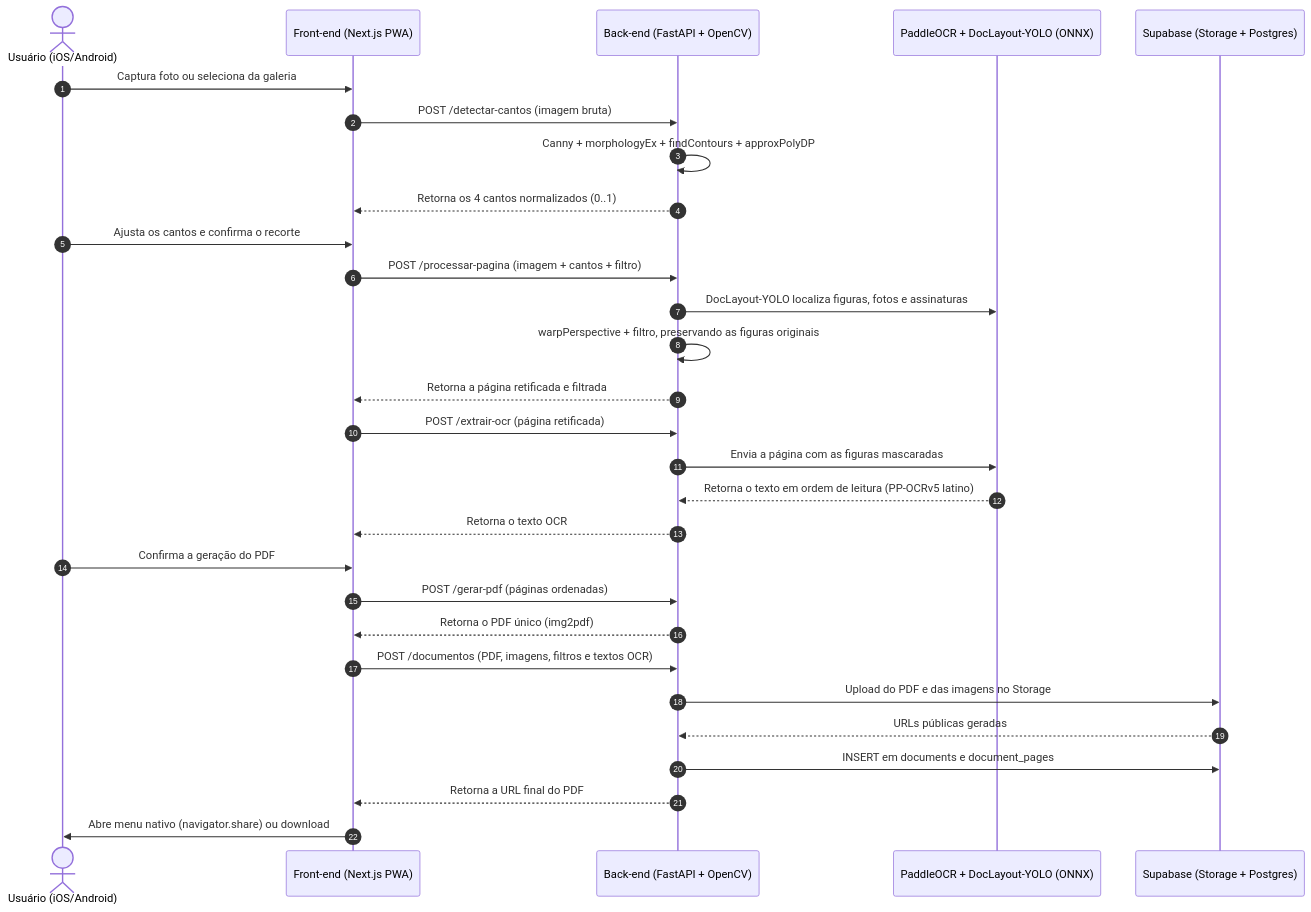
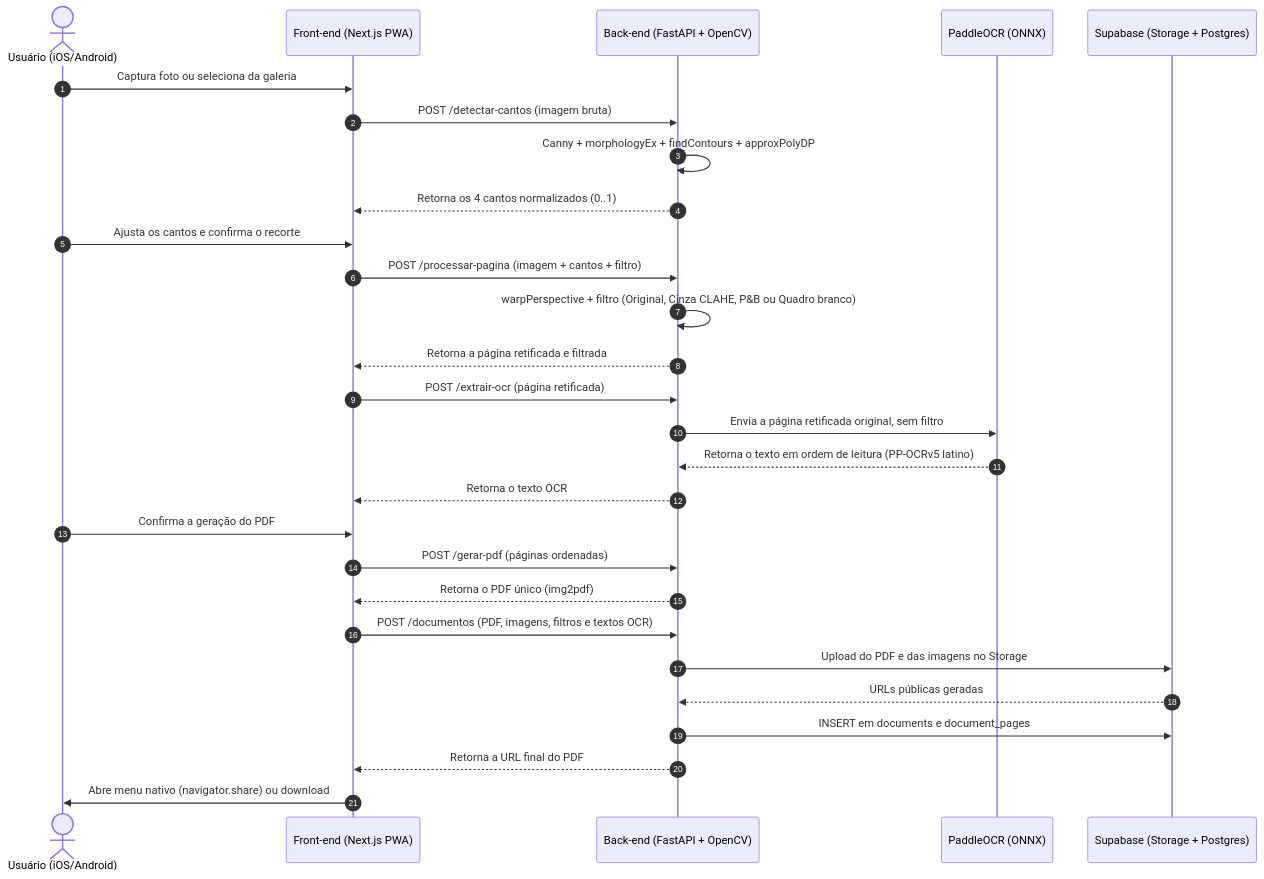
Before and after one commit to Gustavogconte/miniscan-desafio: the second of 3 diagrams in docs/documentacao_miniscan.md, drawn with Mermaid. The commit also changed other lines of this file and 2 other files, not shown here.

Commit message:
docs: registra a remoção da preservação de figuras e o motivo

````diff
--- a/docs/documentacao_miniscan.md
+++ b/docs/documentacao_miniscan.md
@@ -67,32 +67,31 @@
 ```mermaid
 sequenceDiagram
     autonumber
     actor U as Usuário (iOS/Android)
     participant PWA as Front-end (Next.js PWA)
     participant API as Back-end (FastAPI + OpenCV)
-    participant OCR as PaddleOCR + DocLayout-YOLO (ONNX)
+    participant OCR as PaddleOCR (ONNX)
     participant SB as Supabase (Storage + Postgres)
 
     U->>PWA: Captura foto ou seleciona da galeria
     PWA->>API: POST /detectar-cantos (imagem bruta)
     API->>API: Canny + morphologyEx + findContours + approxPolyDP
     API-->>PWA: Retorna os 4 cantos normalizados (0..1)
     U->>PWA: Ajusta os cantos e confirma o recorte
     PWA->>API: POST /processar-pagina (imagem + cantos + filtro)
-    API->>OCR: DocLayout-YOLO localiza figuras, fotos e assinaturas
-    API->>API: warpPerspective + filtro, preservando as figuras originais
+    API->>API: warpPerspective + filtro (Original, Cinza CLAHE, P&B ou Quadro branco)
     API-->>PWA: Retorna a página retificada e filtrada
     PWA->>API: POST /extrair-ocr (página retificada)
-    API->>OCR: Envia a página com as figuras mascaradas
+    API->>OCR: Envia a página retificada original, sem filtro
     OCR-->>API: Retorna o texto em ordem de leitura (PP-OCRv5 latino)
     API-->>PWA: Retorna o texto OCR
     U->>PWA: Confirma a geração do PDF
     PWA->>API: POST /gerar-pdf (páginas ordenadas)
     API-->>PWA: Retorna o PDF único (img2pdf)
     PWA->>API: POST /documentos (PDF, imagens, filtros e textos OCR)
     API->>SB: Upload do PDF e das imagens no Storage
     SB-->>API: URLs públicas geradas
     API->>SB: INSERT em documents e document_pages
     API-->>PWA: Retorna a URL final do PDF
     PWA->>U: Abre menu nativo (navigator.share) ou download
 ```
````
